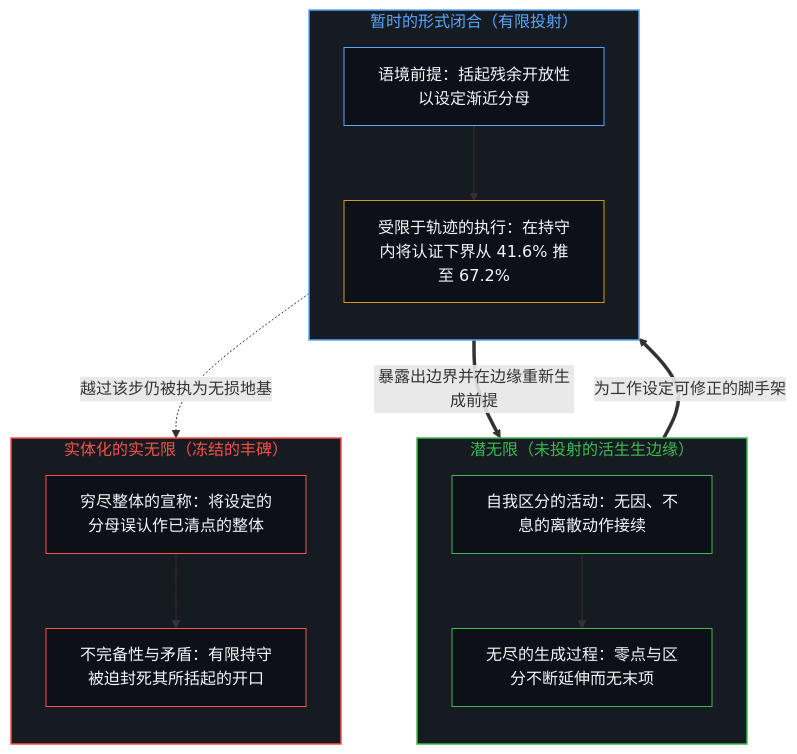
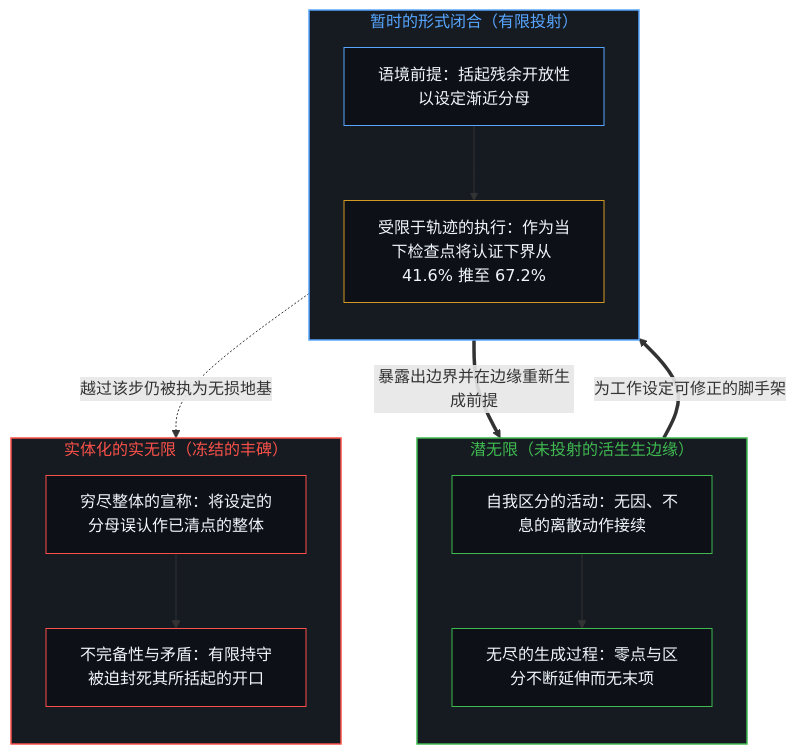
The first of 2 diagrams in content/posts/potential-infinity-and-the-temporary-closures-of-mathematical-thought.md (powerpig99/not-a-toe), drawn with Mermaid before and after one commit. The commit also changed other lines of this file and 12 other files, not shown here.

````diff
--- a/content/posts/potential-infinity-and-the-temporary-closures-of-mathematical-thought.md
+++ b/content/posts/potential-infinity-and-the-temporary-closures-of-mathematical-thought.md
@@ -35,37 +35,37 @@
 ```mermaid
 flowchart TD
     subgraph S_Open["潜无限（未投射的活生生边缘）"]
         direction TB
         Edge["自我区分的活动：无因、不息的离散动作接续"]
         OpenField["无尽的生成过程：零点与区分不断延伸而无末项"]
         Edge --> OpenField
     end
 
     subgraph S_Closure["暂时的形式闭合（有限投射）"]
         direction TB
         Bracket["语境前提：括起残余开放性以设定渐近分母"]
-        Deduct["受限于轨迹的执行：在持守内将认证下界从 41.6% 推至 67.2%"]
+        Deduct["受限于轨迹的执行：作为当下检查点将认证下界从 41.6% 推至 67.2%"]
         Bracket --> Deduct
     end
 
     subgraph S_Reify["实体化的实无限（冻结的丰碑）"]
         direction TB
         Illusion["穷尽整体的宣称：将设定的分母误认作已清点的整体"]
         Collision["不完备性与矛盾：有限持守被迫封死其所括起的开口"]
         Illusion --> Collision
     end
 
     OpenField ==>|"为工作设定可修正的脚手架"| Bracket
     Deduct ==>|"暴露出边界并在边缘重新生成前提"| Edge
     Deduct -.->|"越过该步仍被执为无损地基"| Illusion
 
     style S_Open fill:#161b22,stroke:#3fb950,stroke-width:1.5px,color:#3fb950
     style S_Closure fill:#161b22,stroke:#58a6ff,stroke-width:1.5px,color:#58a6ff
     style S_Reify fill:#161b22,stroke:#f85149,stroke-width:1.5px,color:#f85149
     style Edge fill:#0d1117,stroke:#3fb950,stroke-width:1px,color:#f0f6fc
     style OpenField fill:#0d1117,stroke:#3fb950,stroke-width:1px,color:#f0f6fc
     style Bracket fill:#0d1117,stroke:#58a6ff,stroke-width:1px,color:#f0f6fc
     style Deduct fill:#0d1117,stroke:#d29922,stroke-width:1px,color:#f0f6fc
     style Illusion fill:#0d1117,stroke:#f85149,stroke-width:1px,color:#f0f6fc
     style Collision fill:#0d1117,stroke:#f85149,stroke-width:1px,color:#f0f6fc
 ```
````
